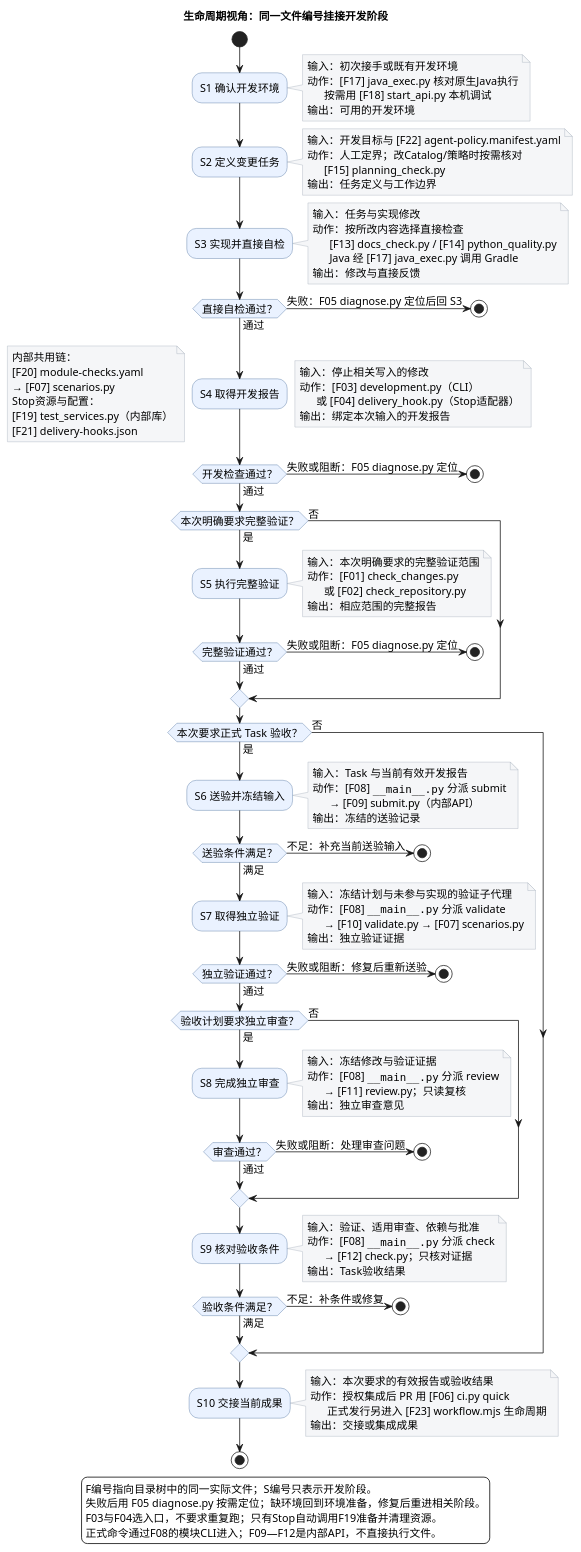
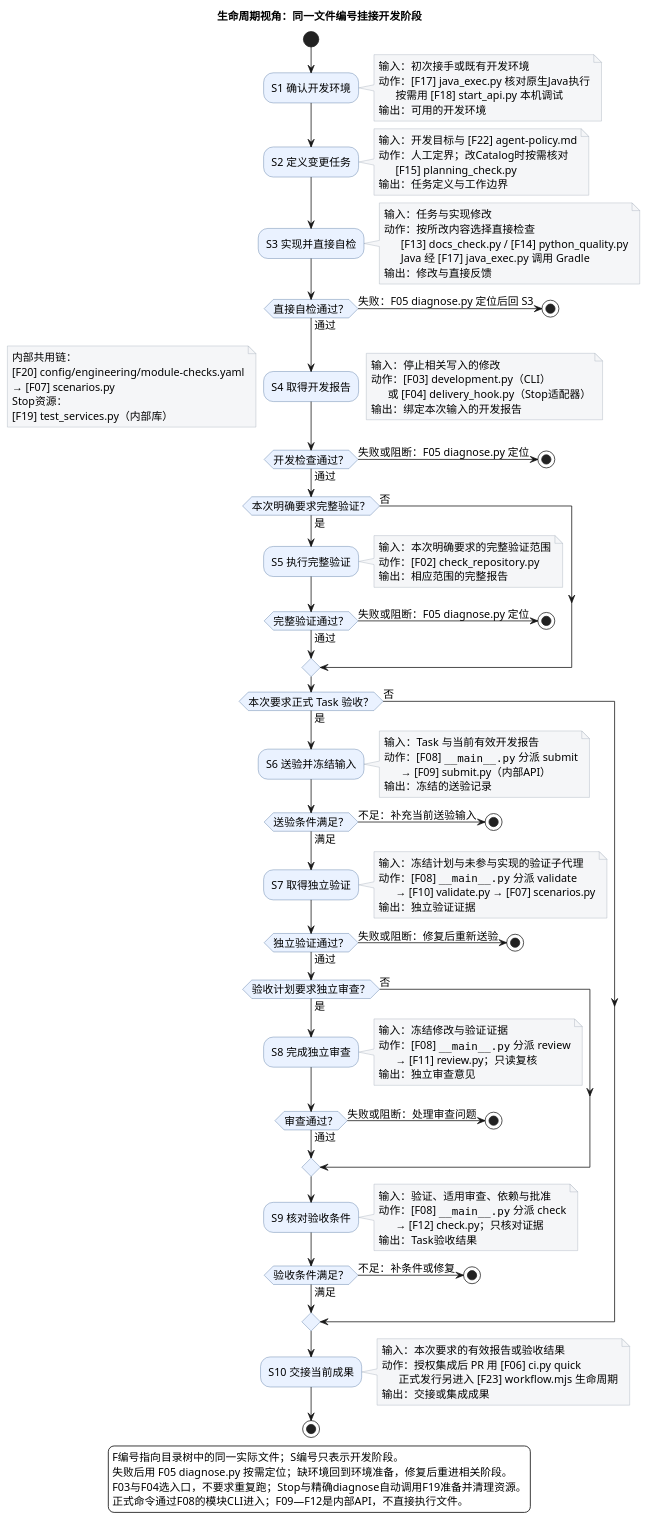
The second of 2 diagrams in docs/system/engineering.md (iampkuhz/lexiflow), drawn with PlantUML before and after one commit. The commit also changed other lines of this file and 493 other files, not shown here.

```diff
--- a/docs/system/engineering.md
+++ b/docs/system/engineering.md
@@ -106,8 +105,8 @@
 end note
 :S2 定义变更任务;
 note right
-输入：开发目标与 [F22] agent-policy.manifest.yaml
-动作：人工定界；改Catalog/策略时按需核对
+输入：开发目标与 [F22] agent-policy.md
+动作：人工定界；改Catalog时按需核对
       [F15] planning_check.py
 输出：任务定义与工作边界
 end note
@@ -132,11 +131,10 @@
 end note
 note left
 内部共用链：
-[F20] module-checks.yaml
+[F20] config/engineering/module-checks.yaml
 → [F07] scenarios.py
-Stop资源与配置：
+Stop资源：
 [F19] test_services.py（内部库）
-[F21] delivery-hooks.json
 end note
 if (开发检查通过？) then (通过)
 else (失败或阻断：F05 diagnose.py 定位)
@@ -146,8 +144,7 @@
 :S5 执行完整验证;
 note right
 输入：本次明确要求的完整验证范围
-动作：[F01] check_changes.py
-      或 [F02] check_repository.py
+动作：[F02] check_repository.py
 输出：相应范围的完整报告
 end note
 if (完整验证通过？) then (通过)
@@ -217,7 +214,7 @@
 legend bottom
 F编号指向目录树中的同一实际文件；S编号只表示开发阶段。
 失败后用 F05 diagnose.py 按需定位；缺环境回到环境准备，修复后重进相关阶段。
-F03与F04选入口，不要求重复跑；只有Stop自动调用F19准备并清理资源。
+F03与F04选入口，不要求重复跑；Stop与精确diagnose自动调用F19准备并清理资源。
 正式命令通过F08的模块CLI进入；F09—F12是内部API，不直接执行文件。
 endlegend
 @enduml
```
